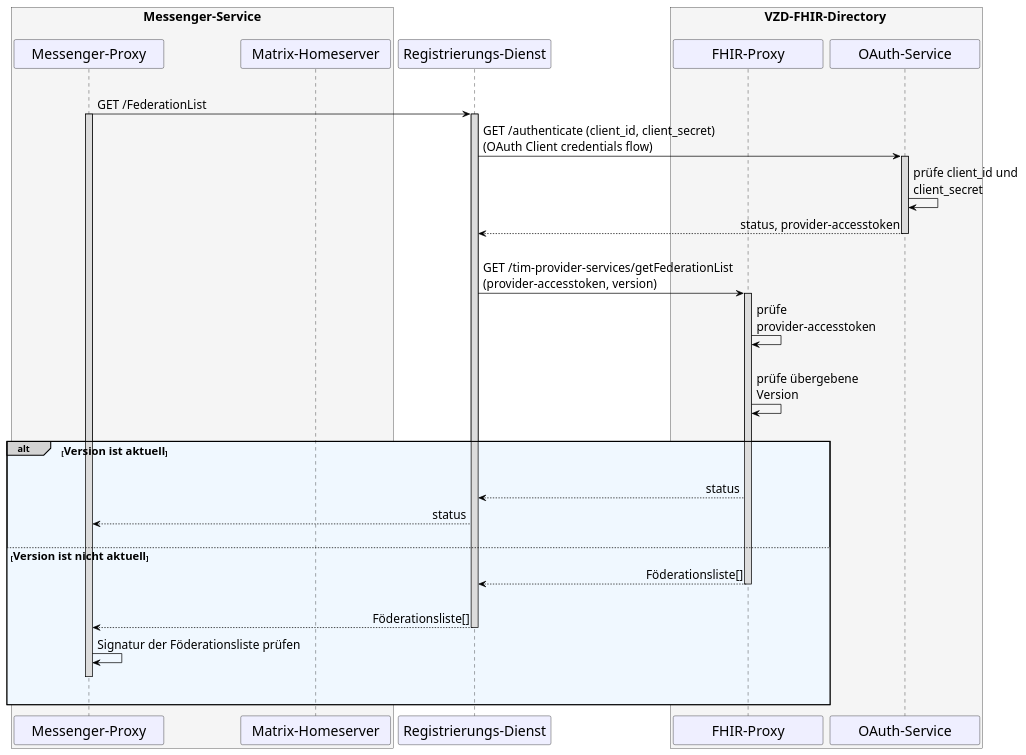
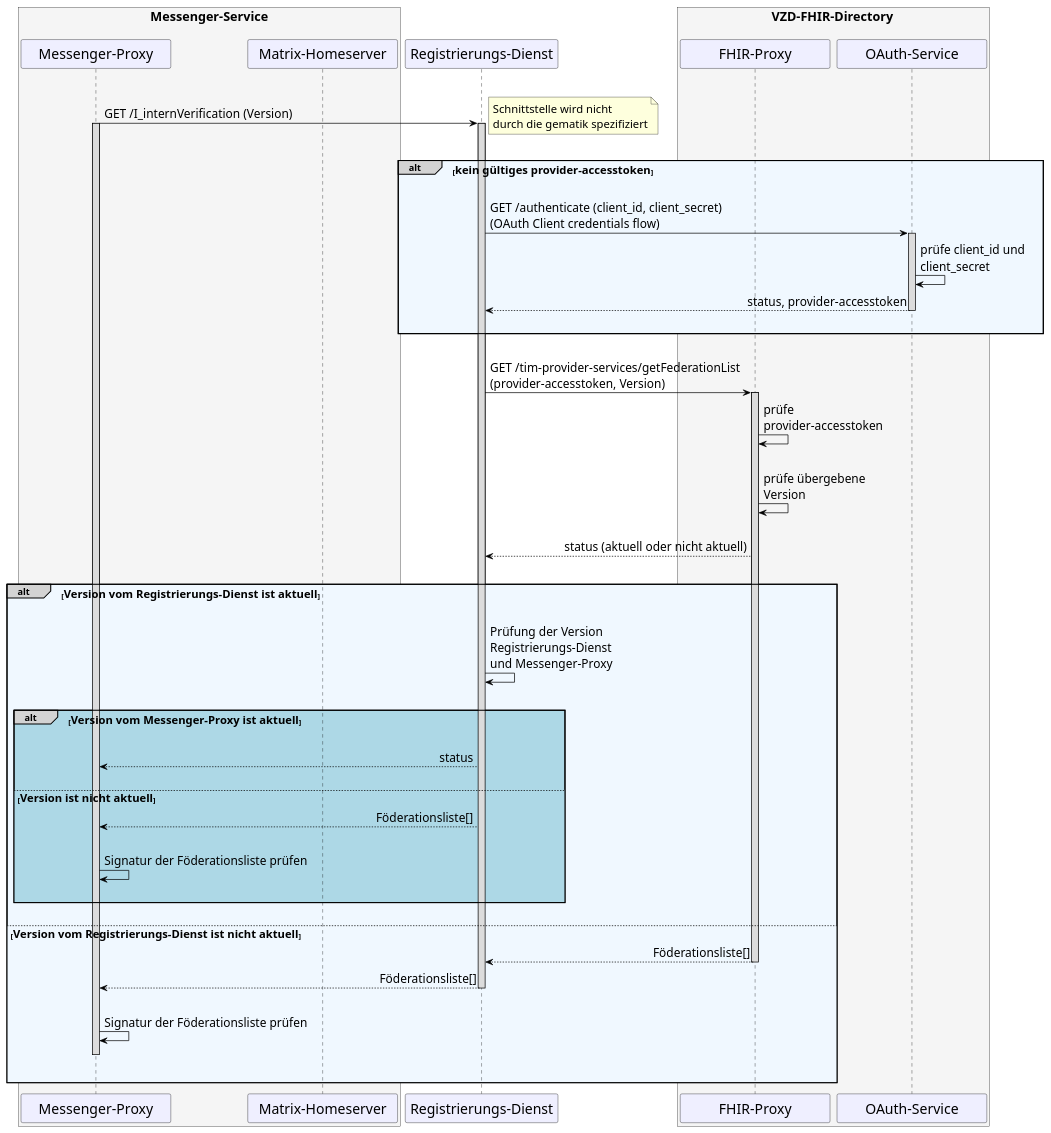
The diagram in src/plantuml/TI-Messenger-Dienst/Ressourcen/UC_Update_Federationlist_Seq.puml (gematik/api-ti-messenger), drawn with PlantUML before and after one commit.

```diff
--- a/src/plantuml/TI-Messenger-Dienst/Ressourcen/UC_Update_Federationlist_Seq.puml
+++ b/src/plantuml/TI-Messenger-Dienst/Ressourcen/UC_Update_Federationlist_Seq.puml
@@ -9,76 +9,98 @@
 @startuml
 skinparam sequenceMessageAlign direction
 skinparam minClassWidth 200
 skinparam BoxPadding 1
 skinparam sequenceReferenceHeaderBackgroundColor palegreen
 scale max 2048 width
 
 skinparam sequence {
 ArrowColor black
 ArrowFontSize 17
 ActorBorderColor black
 LifeLineBorderColor black
 LifeLineBackgroundColor Gainsboro
 
 ParticipantBorderColor Motivation
 ParticipantBackgroundColor Motivation
 ParticipantFontName Impact
 ParticipantFontSize 20
 ParticipantFontColor black
 ParticipantBorderColor Black
 ParticipantBackgroundColor MOTIVATION
 
 ActorBackgroundColor Gainsboro
 ActorFontColor black
 ActorFontSize 20
 ActorFontName Aapex
 }
     box <size:18>Messenger-Service\n #WhiteSmoke
     participant MP as "Messenger-Proxy"
     participant MH as "Matrix-Homeserver"
     end box
     participant RD as "Registrierungs-Dienst"
     box <size:18>VZD-FHIR-Directory</size> #WhiteSmoke
       participant FP as "FHIR-Proxy"
       participant AS as "OAuth-Service"
     end box
 
   |||
-  MP->RD: GET /FederationList 
+  MP->RD: GET /I_internVerification (Version) 
+  note right: <size:16>Schnittstelle wird nicht \n<size:16>durch die gematik spezifiziert</size>
+  |||
     Activate MP
     Activate RD
 
-  RD->AS: GET /authenticate (client_id, client_secret) \n(OAuth Client credentials flow)
-    Activate AS
-  AS->AS: prüfe client_id und \nclient_secret
-  AS-->RD: status, provider-accesstoken 
-    Deactivate AS  
+
+  alt#LightGrey #AliceBlue <size:16>kein gültiges provider-accesstoken</size>
+    |||
+    RD->AS: GET /authenticate (client_id, client_secret) \n(OAuth Client credentials flow)
+      Activate AS
+    AS->AS: prüfe client_id und \nclient_secret
+    AS-->RD: status, provider-accesstoken 
+      Deactivate AS  
+    |||
+  end
 
   |||
-  RD->FP: GET /tim-provider-services/getFederationList \n(provider-accesstoken, version)
+  RD->FP: GET /tim-provider-services/getFederationList \n(provider-accesstoken, Version)
     Activate FP
   FP->FP: prüfe \nprovider-accesstoken
   |||
   FP->FP: prüfe übergebene \nVersion
 
 |||
-alt#LightGrey #AliceBlue <size:16>Version ist aktuell</size>
-|||    
 
-    FP-->RD: status
-    RD-->MP: status
+  FP-->RD: status (aktuell oder nicht aktuell)
+  |||
+  
+alt#LightGrey #AliceBlue <size:16>Version vom Registrierungs-Dienst ist aktuell</size>
+    |||
+    RD->RD: Prüfung der Version \nRegistrierungs-Dienst \nund Messenger-Proxy
+      
+      |||
+      alt#LightGrey #LightBlue <size:16>Version vom Messenger-Proxy ist aktuell</size>
+      ||| 
+          RD-->MP: status
+          |||
+          
+          else <size:16>Version ist nicht aktuell</size>
+            RD-->MP: Föderationsliste[]
+            |||
+            MP->MP: Signatur der Föderationsliste prüfen
+            |||
+      end
     |||
     
-    else <size:16>Version ist nicht aktuell</size>
+    else <size:16>Version vom Registrierungs-Dienst ist nicht aktuell</size>
        FP-->RD: Föderationsliste[]
         Deactivate FP
-       |||
       RD-->MP: Föderationsliste[]
         Deactivate RD
+      |||
       MP->MP: Signatur der Föderationsliste prüfen
       'Needed for correct deactivation in case last message is message to itself
       MP-[hidden]->MP
         deactivate MP
     |||
 end
 @enduml
```
